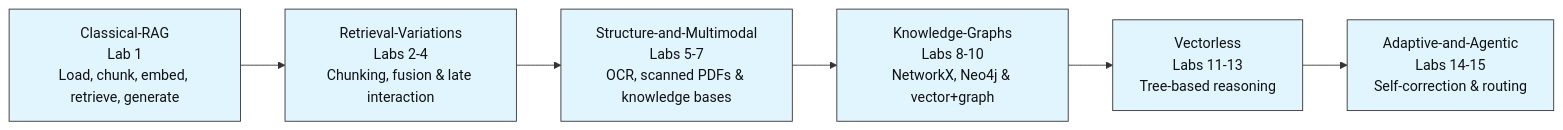
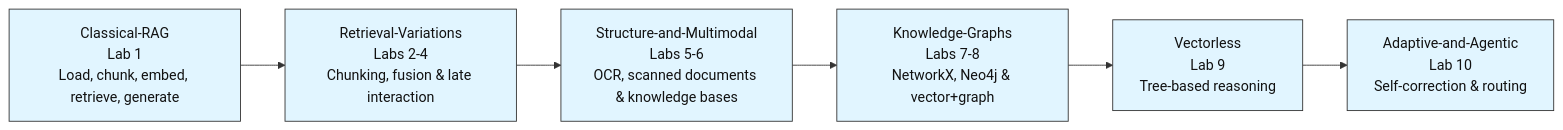
One commit to CogKnowEdge-Solutions/Context-Memory-Layer changed the second of 2 diagrams in RAG-Labs/README.md. Above: the diagram before and after it, drawn with Mermaid. The commit also changed other lines of this file and 163 other files, not shown here.

First line of the commit message:
refactor(RAG-Labs): merge 16 labs into final 11-lab layout

````diff
--- a/RAG-Labs/README.md
+++ b/RAG-Labs/README.md
@@ -314,11 +309,11 @@
 ```mermaid
 flowchart LR
     C["Classical-RAG<br/>Lab 1<br/>Load, chunk, embed, retrieve, generate"] --> R["Retrieval-Variations<br/>Labs 2-4<br/>Chunking, fusion &amp; late interaction"]
-    R --> S["Structure-and-Multimodal<br/>Labs 5-7<br/>OCR, scanned PDFs &amp; knowledge bases"]
-    S --> K["Knowledge-Graphs<br/>Labs 8-10<br/>NetworkX, Neo4j &amp; vector+graph"]
-    K --> VL["Vectorless<br/>Labs 11-13<br/>Tree-based reasoning"]
-    VL --> A["Adaptive-and-Agentic<br/>Labs 14-15<br/>Self-correction &amp; routing"]
+    R --> S["Structure-and-Multimodal<br/>Labs 5-6<br/>OCR, scanned documents &amp; knowledge bases"]
+    S --> K["Knowledge-Graphs<br/>Labs 7-8<br/>NetworkX, Neo4j &amp; vector+graph"]
+    K --> VL["Vectorless<br/>Lab 9<br/>Tree-based reasoning"]
+    VL --> A["Adaptive-and-Agentic<br/>Lab 10<br/>Self-correction &amp; routing"]
 
     classDef defaultStyle fill:#e1f5ff,stroke:#333333,stroke-width:1px,color:#111111
     class C,R,S,K,VL,A defaultStyle
 ```
````
